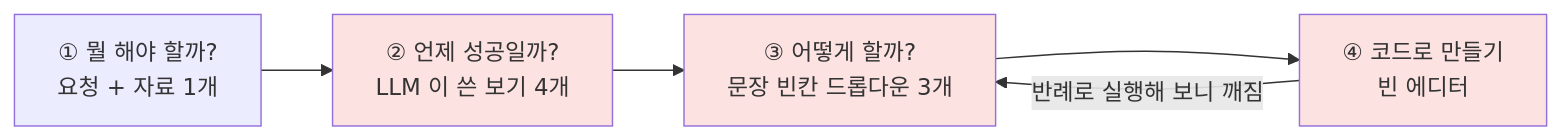
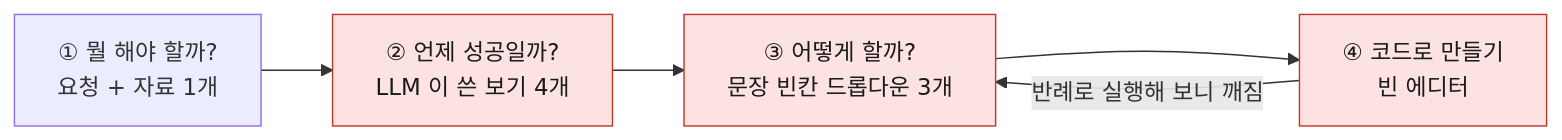
One commit to tomchaccom/Cut-Check changed the first of 4 diagrams in docs/superpowers/specs/2026-10-16-card-design-and-review-design.md. Above: the diagram before and after it, drawn with Mermaid. The commit also changed other lines of this file, not shown here.

````diff
--- a/docs/superpowers/specs/2026-10-16-card-design-and-review-design.md
+++ b/docs/superpowers/specs/2026-10-16-card-design-and-review-design.md
@@ -21,10 +21,10 @@
 ```mermaid
 flowchart LR
     A["① 뭘 해야 할까?<br/>요청 + 자료 1개"] --> B["② 언제 성공일까?<br/>LLM 이 쓴 보기 4개"]
     B --> C["③ 어떻게 할까?<br/>문장 빈칸 드롭다운 3개"]
     C --> D["④ 코드로 만들기<br/>빈 에디터"]
     D -->|"반례로 실행해 보니 깨짐"| C
-    style B fill:#fde2e2
-    style C fill:#fde2e2
-    style D fill:#fde2e2
+    style B fill:#fde2e2,stroke:#c0392b,color:#1a1a1a
+    style C fill:#fde2e2,stroke:#c0392b,color:#1a1a1a
+    style D fill:#fde2e2,stroke:#c0392b,color:#1a1a1a
 ```
````
